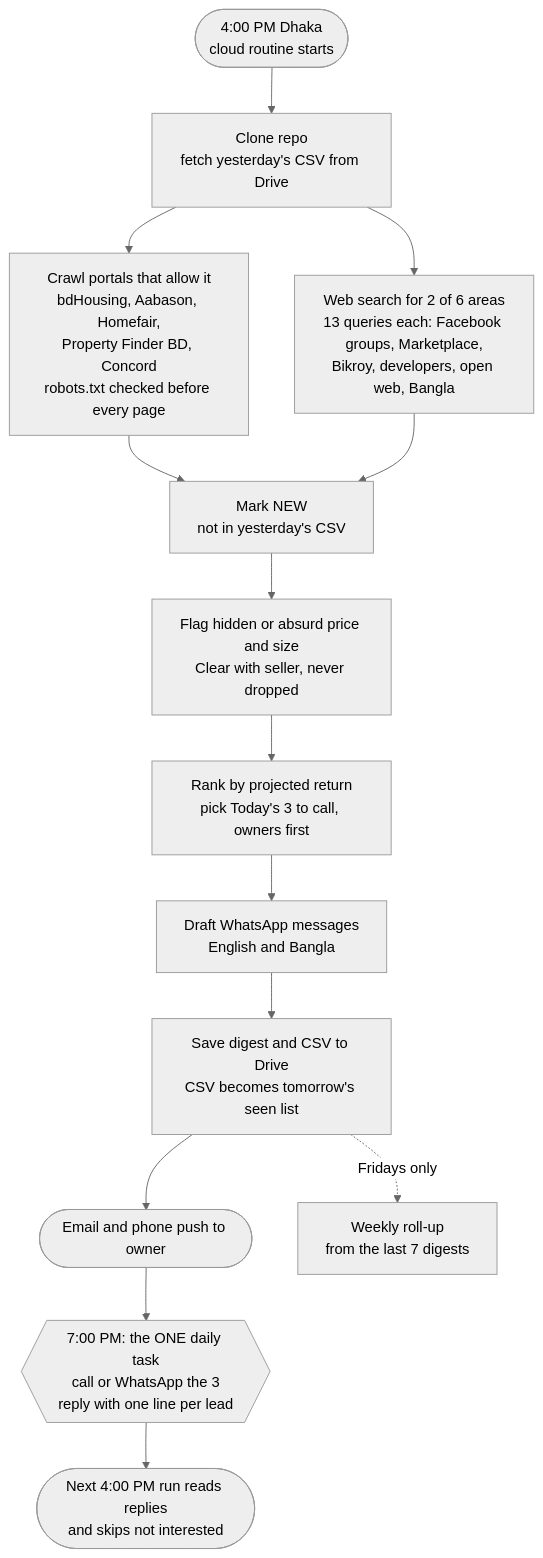
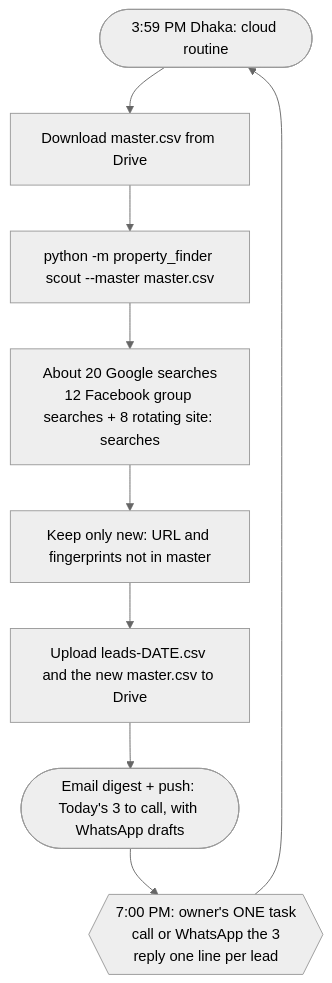
The diagram in docs/MRA_Property_Hunt_Playbook.md (muneemhasani-tech/Muneem), drawn with Mermaid (neutral theme) before and after one commit. The commit also changed other lines of this file, not shown here.

First line of the commit message:
Playbook: lean daily scout process

````diff
--- a/docs/MRA_Property_Hunt_Playbook.md
+++ b/docs/MRA_Property_Hunt_Playbook.md
@@ -53,16 +40,11 @@
 ```mermaid
 flowchart TD
-    A([4:00 PM Dhaka<br/>cloud routine starts]) --> B[Clone repo<br/>fetch yesterday's CSV from Drive]
-    B --> C[Crawl portals that allow it<br/>bdHousing, Aabason, Homefair,<br/>Property Finder BD, Concord<br/>robots.txt checked before every page]
-    B --> D[Web search for 2 of 6 areas<br/>13 queries each: Facebook groups, Marketplace,<br/>Bikroy, developers, open web, Bangla]
-    C --> E[Mark NEW<br/>not in yesterday's CSV]
-    D --> E
-    E --> F[Flag hidden or absurd price and size<br/>Clear with seller, never dropped]
-    F --> G[Rank by projected return<br/>pick Today's 3 to call, owners first]
-    G --> H[Draft WhatsApp messages<br/>English and Bangla]
-    H --> I[Save digest and CSV to Drive<br/>CSV becomes tomorrow's seen list]
-    I --> J([Email and phone push to owner])
-    J --> K{{7:00 PM: the ONE daily task<br/>call or WhatsApp the 3<br/>reply with one line per lead}}
-    K --> L([Next 4:00 PM run reads replies<br/>and skips not interested])
-    I -. Fridays only .-> M[Weekly roll-up<br/>from the last 7 digests]
+    A([3:59 PM Dhaka: cloud routine]) --> B[Download master.csv from Drive]
+    B --> C[python -m property_finder scout --master master.csv]
+    C --> D[About 20 Google searches<br/>12 Facebook group searches + 8 rotating site: searches]
+    D --> E[Keep only new: URL and fingerprints not in master]
+    E --> F[Upload leads-DATE.csv and the new master.csv to Drive]
+    F --> G([Email digest + push: Today's 3 to call, with WhatsApp drafts])
+    G --> H{{7:00 PM: owner's ONE task<br/>call or WhatsApp the 3<br/>reply one line per lead}}
+    H --> A
 ```
````
